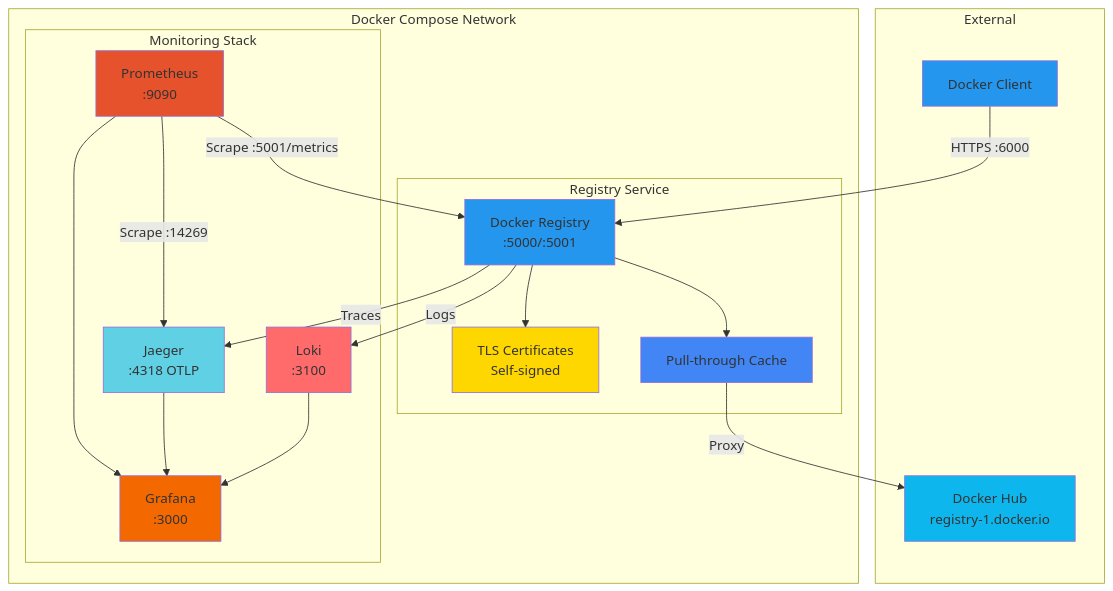
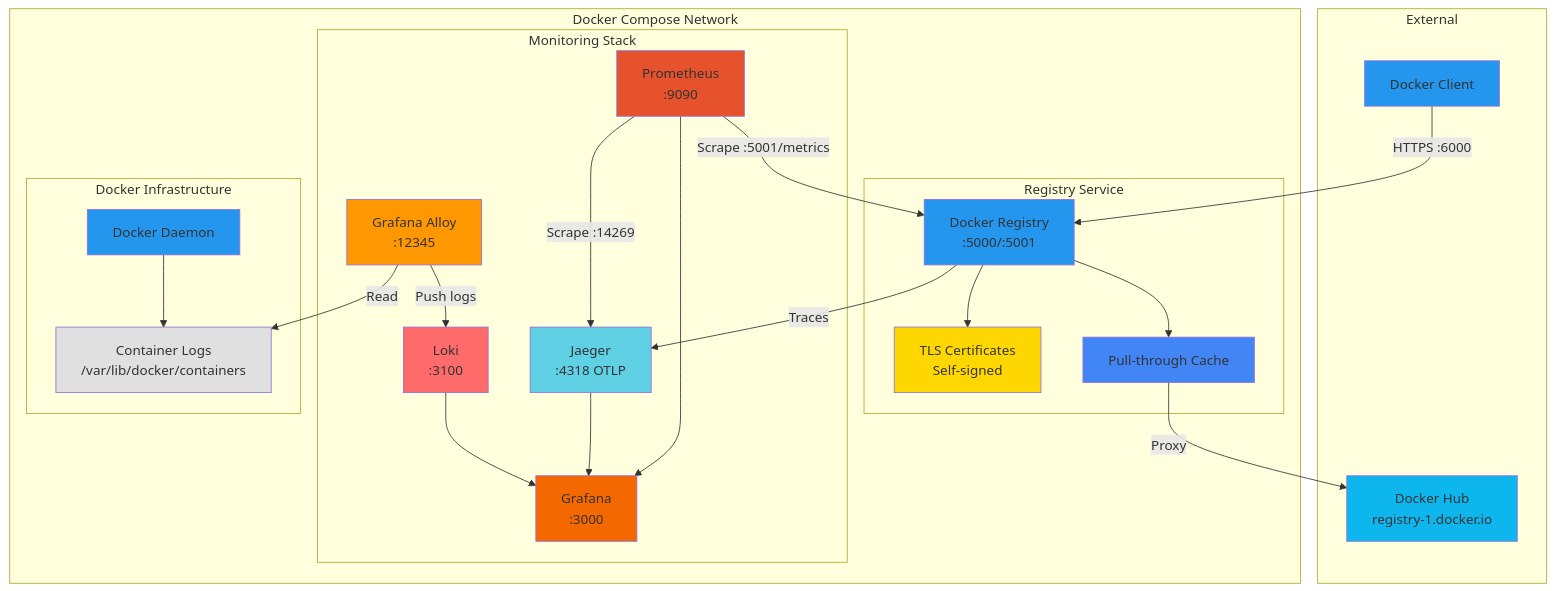
One commit to mkm29/registry changed the diagram in README.md. Above: the diagram before and after it, drawn with Mermaid. The commit also changed other lines of this file and 3 other files, not shown here.

Commit message:
update: enhance README with Grafana Alloy integration details; fix log path in Alloy config; update Docker Compose for certificate paths; improve Loki configuration for performance and retention

````diff
--- a/README.md
+++ b/README.md
@@ -128,46 +128,58 @@
 ```mermaid
 graph TB
     subgraph "External"
         DH[Docker Hub<br/>registry-1.docker.io]
         Client[Docker Client]
     end
 
     subgraph "Docker Compose Network"
         subgraph "Registry Service"
             Reg[Docker Registry<br/>:5000/:5001]
             TLS[TLS Certificates<br/>Self-signed]
             Cache[Pull-through Cache]
 
             Reg --> TLS
             Reg --> Cache
         end
 
         subgraph "Monitoring Stack"
             Jaeger[Jaeger<br/>:4318 OTLP]
             Prom[Prometheus<br/>:9090]
             Loki[Loki<br/>:3100]
+            Alloy[Grafana Alloy<br/>:12345]
             Grafana[Grafana<br/>:3000]
 
             Prom --> Grafana
             Jaeger --> Grafana
             Loki --> Grafana
+            Alloy -->|Push logs| Loki
+        end
+
+        subgraph "Docker Infrastructure"
+            Docker[Docker Daemon]
+            Logs[Container Logs<br/>/var/lib/docker/containers]
+            
+            Docker --> Logs
+            Alloy -->|Read| Logs
         end
     end
 
     Client -->|HTTPS :6000| Reg
     Cache -->|Proxy| DH
     Reg -->|Traces| Jaeger
-    Reg -->|Logs| Loki
     Prom -->|Scrape :5001/metrics| Reg
     Prom -->|Scrape :14269| Jaeger
 
     style DH fill:#0db7ed
     style Client fill:#2496ed
     style Reg fill:#2496ed
     style Jaeger fill:#60d0e4
     style Prom fill:#e6522c
     style Loki fill:#ff6b6b
+    style Alloy fill:#ff9800
     style Grafana fill:#f46800
     style TLS fill:#ffd700
     style Cache fill:#4285f4
+    style Docker fill:#2496ed
+    style Logs fill:#e0e0e0
 ```
````
